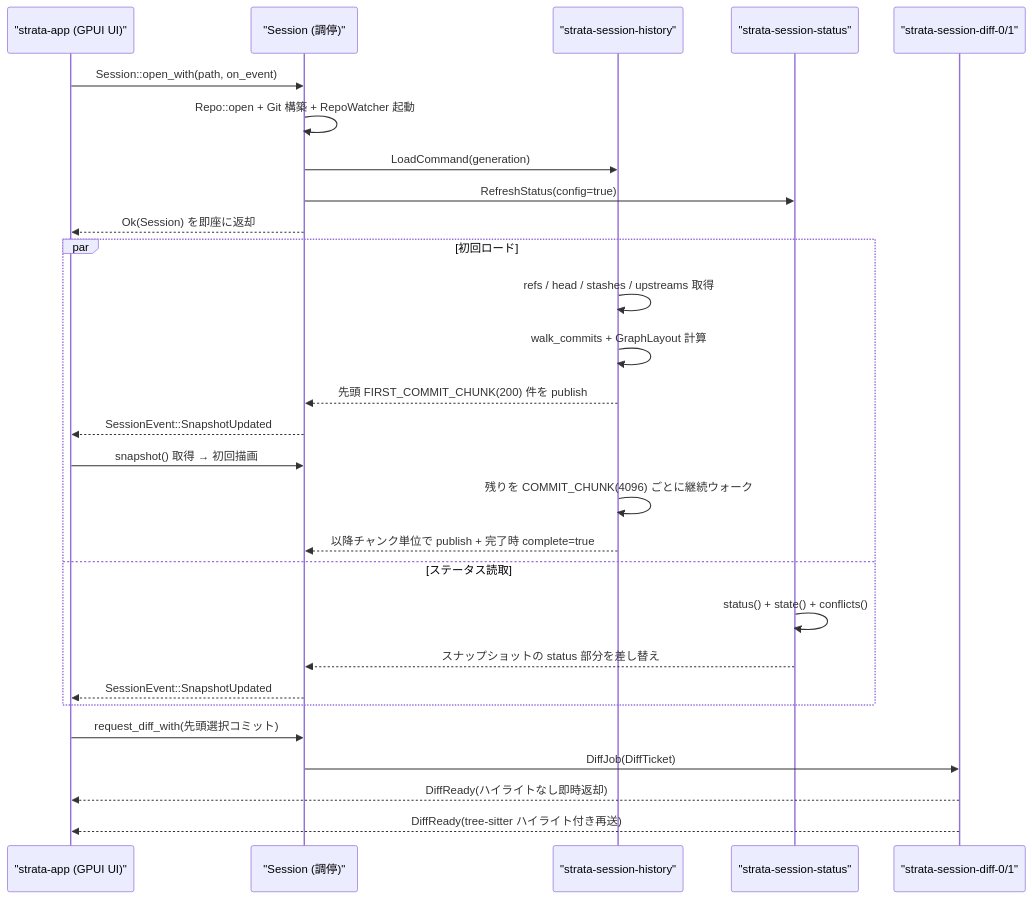
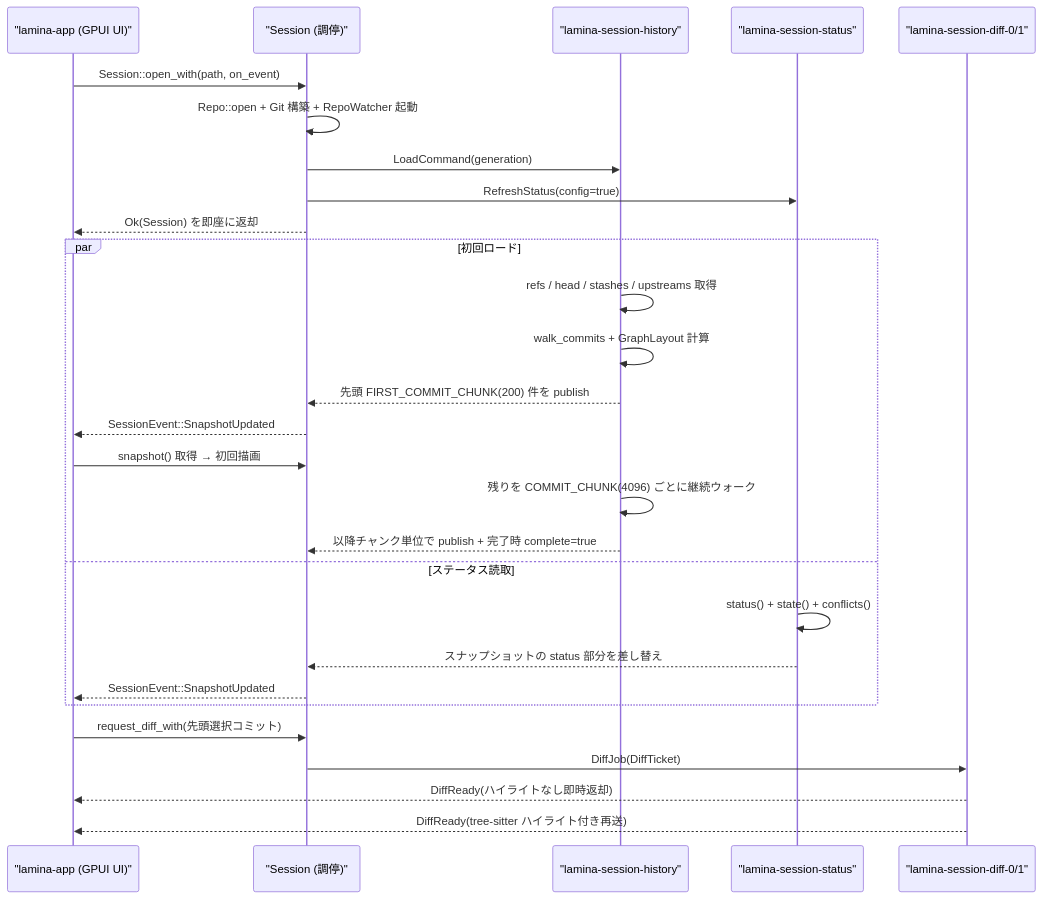
One commit to satotek/lamina changed the second of 3 diagrams in docs/design/architecture.md. Above: the diagram before and after it, drawn with Mermaid. The commit also changed other lines of this file and 521 other files, not shown here.

First line of the commit message:
refactor!: rename the app from Strata to Lamina

````diff
--- a/docs/design/architecture.md
+++ b/docs/design/architecture.md
@@ -94,33 +94,33 @@
 ```mermaid
 sequenceDiagram
-    participant UI as "strata-app (GPUI UI)"
+    participant UI as "lamina-app (GPUI UI)"
     participant Sess as "Session (調停)"
-    participant Hist as "strata-session-history"
-    participant Stat as "strata-session-status"
-    participant Diff as "strata-session-diff-0/1"
+    participant Hist as "lamina-session-history"
+    participant Stat as "lamina-session-status"
+    participant Diff as "lamina-session-diff-0/1"
 
     UI->>Sess: Session::open_with(path, on_event)
     Sess->>Sess: Repo::open + Git 構築 + RepoWatcher 起動
     Sess->>Hist: LoadCommand(generation)
     Sess->>Stat: RefreshStatus(config=true)
     Sess-->>UI: Ok(Session) を即座に返却
 
     par 初回ロード
         Hist->>Hist: refs / head / stashes / upstreams 取得
         Hist->>Hist: walk_commits + GraphLayout 計算
         Hist-->>Sess: 先頭 FIRST_COMMIT_CHUNK(200) 件を publish
         Sess-->>UI: SessionEvent::SnapshotUpdated
         UI->>Sess: snapshot() 取得 → 初回描画
         Hist->>Hist: 残りを COMMIT_CHUNK(4096) ごとに継続ウォーク
         Hist-->>Sess: 以降チャンク単位で publish + 完了時 complete=true
     and ステータス読取
         Stat->>Stat: status() + state() + conflicts()
         Stat-->>Sess: スナップショットの status 部分を差し替え
         Sess-->>UI: SessionEvent::SnapshotUpdated
     end
 
     UI->>Sess: request_diff_with(先頭選択コミット)
     Sess->>Diff: DiffJob(DiffTicket)
     Diff-->>UI: DiffReady(ハイライトなし即時返却)
     Diff-->>UI: DiffReady(tree-sitter ハイライト付き再送)
 ```
````
